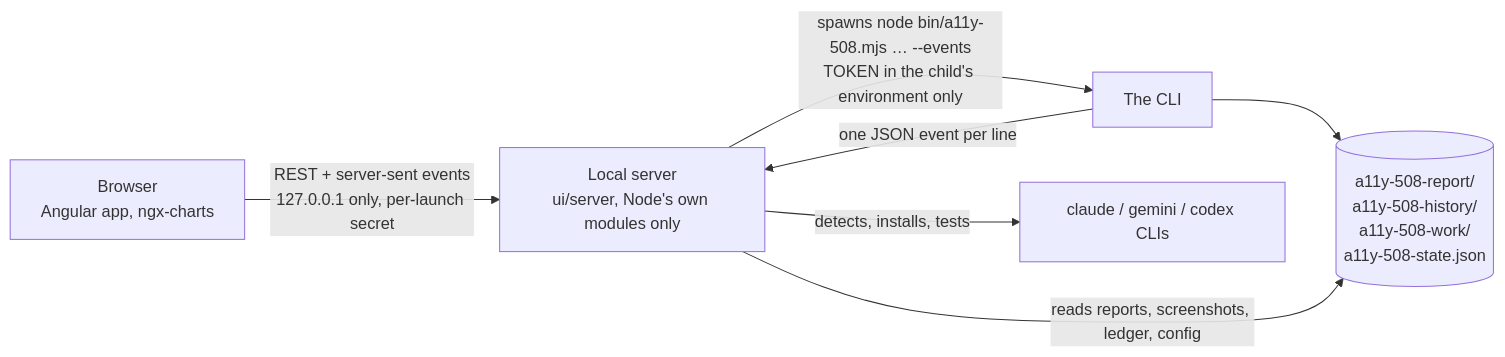
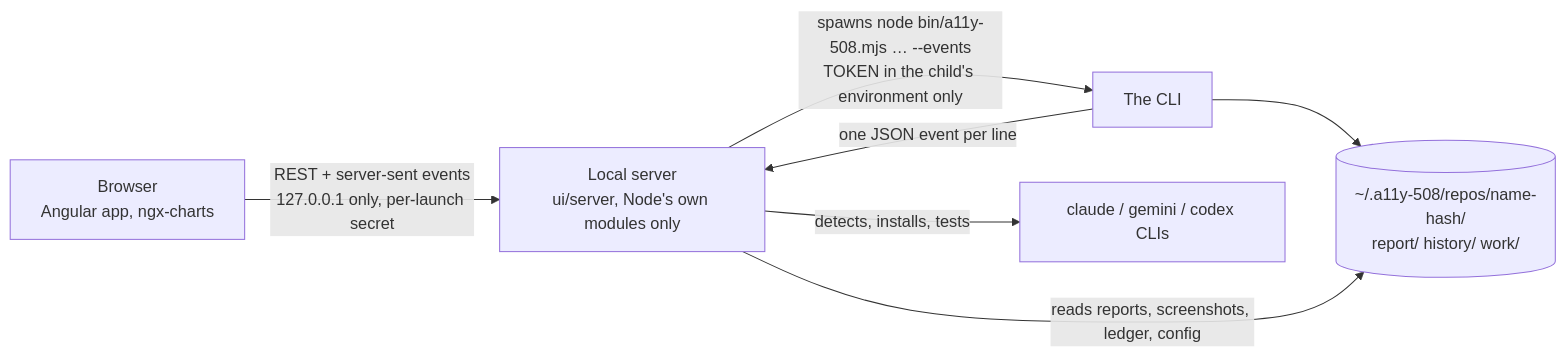
One commit to AiFirstDevelopment/a11y-508 changed the third of 3 diagrams in README.md. Above: the diagram before and after it, drawn with Mermaid. The commit also changed other lines of this file and 42 other files, not shown here.

````diff
--- a/README.md
+++ b/README.md
@@ -329,9 +337,9 @@
 ```mermaid
 flowchart LR
   B[Browser<br/>Angular app, ngx-charts] -- "REST + server-sent events<br/>127.0.0.1 only, per-launch secret" --> S[Local server<br/>ui/server, Node's own modules only]
   S -- "spawns node bin/a11y-508.mjs … --events<br/>TOKEN in the child's environment only" --> C[The CLI]
   C -- "one JSON event per line" --> S
-  C --> R[(a11y-508-report/<br/>a11y-508-history/<br/>a11y-508-work/<br/>a11y-508-state.json)]
+  C --> R[(~/.a11y-508/repos/name-hash/<br/>report/ history/ work/)]
   S -- "reads reports, screenshots, ledger, config" --> R
   S -- "detects, installs, tests" --> G[claude / gemini / codex CLIs]
 ```
````
